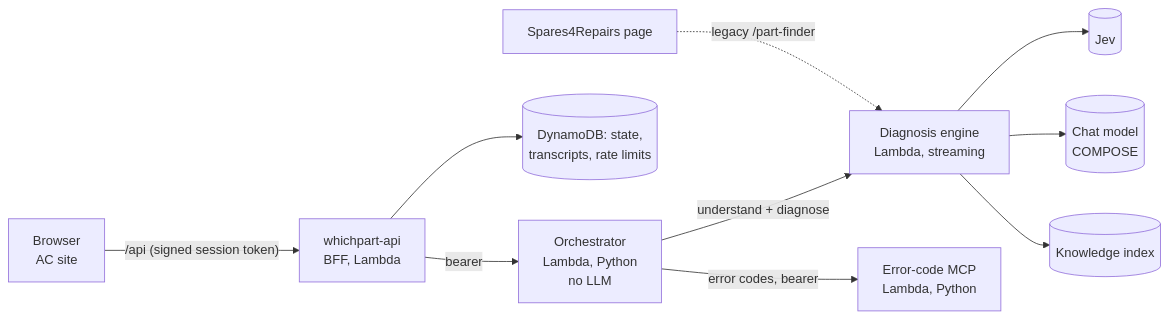
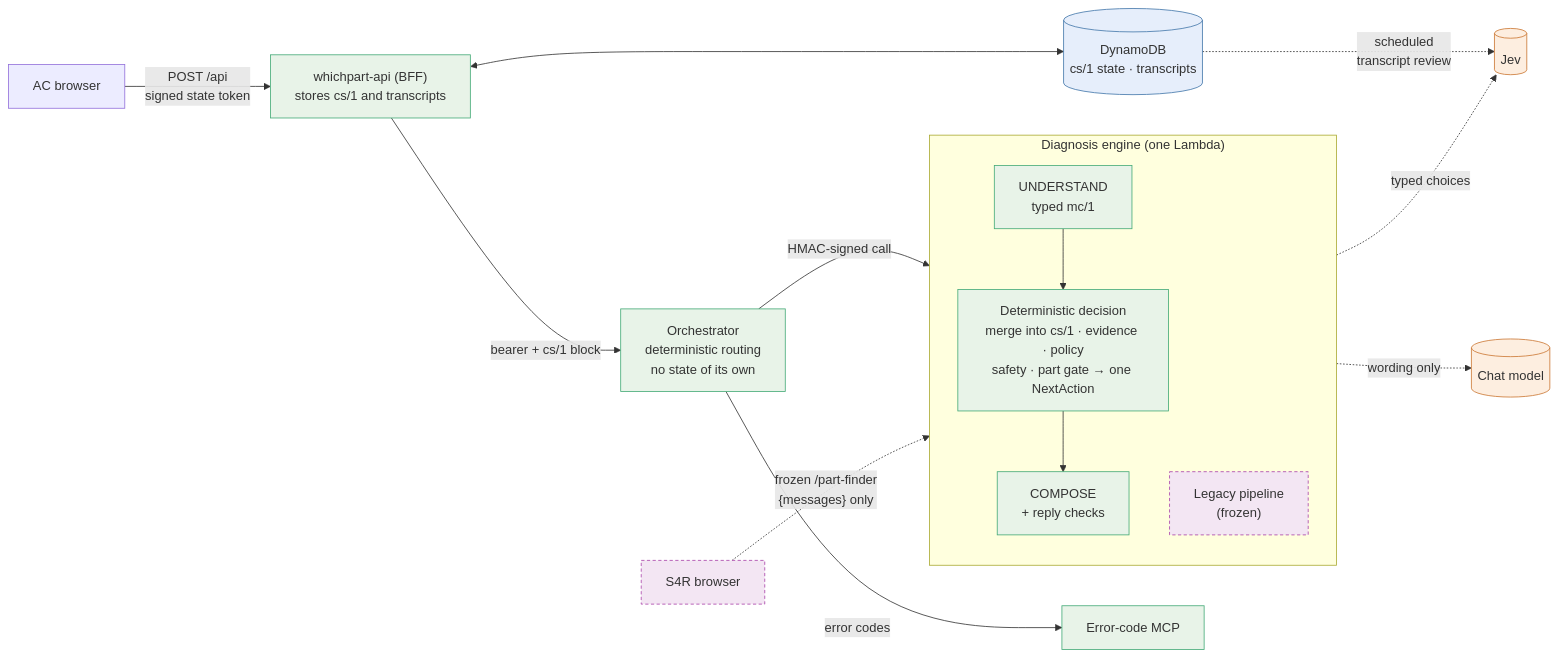
Before and after one commit to timdodgson/appliance-clinic: the diagram in README.md, drawn with Mermaid. The commit also changed other lines of this file and 11 other files, not shown here.

````diff
--- a/README.md
+++ b/README.md
@@ -43,12 +30,26 @@
 ```mermaid
 flowchart LR
-  B[Browser<br/>AC site] -->|"/api (signed session token)"| W[whichpart-api<br/>BFF, Lambda]
-  W -->|bearer| O[Orchestrator<br/>Lambda, Python<br/>no LLM]
-  O -->|understand + diagnose| E[Diagnosis engine<br/>Lambda, streaming]
-  O -->|error codes, bearer| M[Error-code MCP<br/>Lambda, Python]
-  E --> J[(Jev)]
-  E --> L[(Chat model<br/>COMPOSE)]
-  E --> K[(Knowledge index)]
-  W --> D[(DynamoDB: state,<br/>transcripts, rate limits)]
-  S[Spares4Repairs page] -.->|"legacy /part-finder"| E
+  B["AC browser"] -->|"POST /api<br/>signed state token"| W["whichpart-api (BFF)<br/>stores cs/1 and transcripts"]
+  W <--> D[("DynamoDB<br/>cs/1 state · transcripts")]
+  W -->|"bearer + cs/1 block"| O["Orchestrator<br/>deterministic routing<br/>no state of its own"]
+  O -->|"error codes"| M["Error-code MCP"]
+  O -->|"HMAC-signed call"| U
+  subgraph ENG["Diagnosis engine (one Lambda)"]
+    direction TB
+    U["UNDERSTAND<br/>typed mc/1"] --> G["Deterministic decision<br/>merge into cs/1 · evidence · policy<br/>safety · part gate → one NextAction"]
+    G --> C["COMPOSE<br/>+ reply checks"]
+    X["Legacy pipeline<br/>(frozen)"]
+  end
+  U -.->|"typed choices"| J[("Jev")]
+  C -.->|"wording only"| L[("Chat model")]
+  D -.->|"scheduled<br/>transcript review"| J
+  S["S4R browser"] -.->|"frozen /part-finder<br/>{messages} only"| X
+  classDef det fill:#e8f3e8,stroke:#4a7;
+  classDef model fill:#fdeee0,stroke:#c73;
+  classDef state fill:#e6eefb,stroke:#47a;
+  classDef s4r fill:#f3e6f3,stroke:#a4a,stroke-dasharray: 4 3;
+  class W,O,M,U,G,C det
+  class J,L model
+  class D state
+  class S,X s4r
 ```
````
